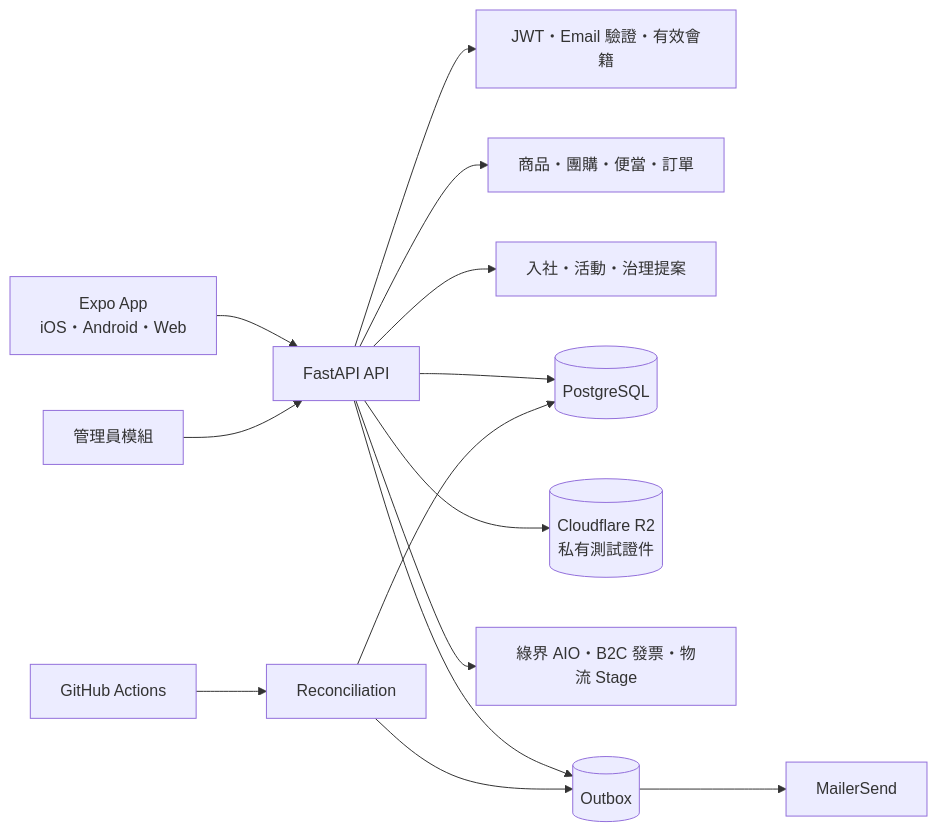
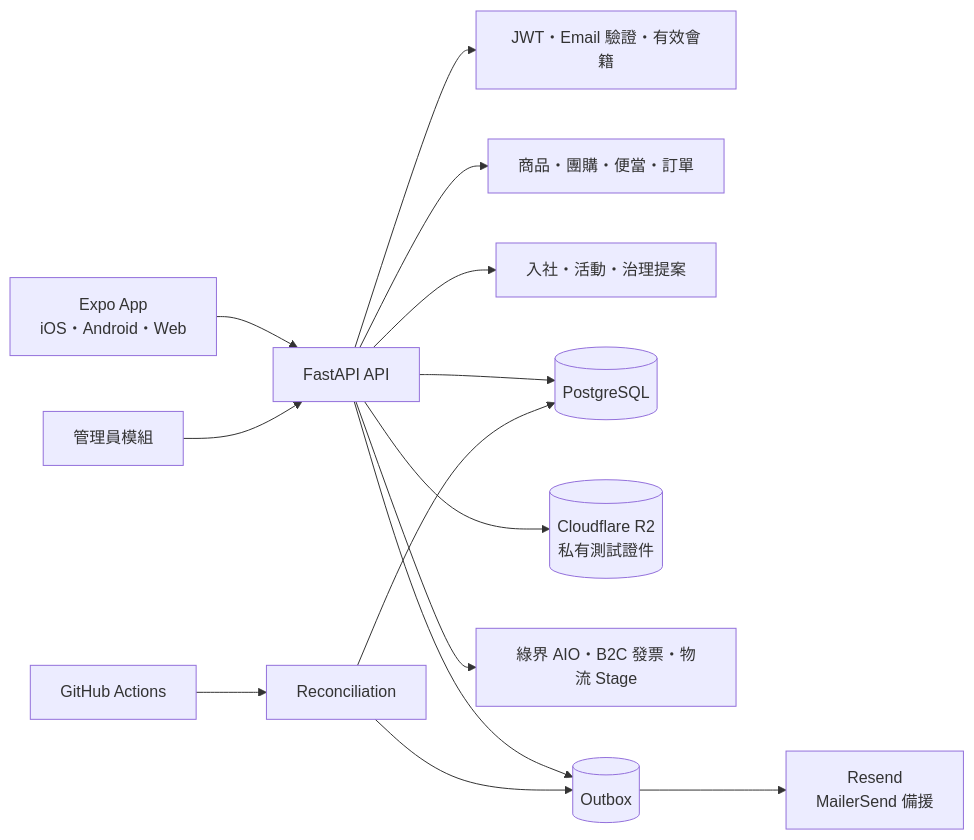
Before and after one commit to Wayne725/shilifangyuan-farm-app: the first of 2 diagrams in docs/ARCHITECTURE.md, drawn with Mermaid. The commit also changed other lines of this file and 90 other files, not shown here.

````diff
--- a/docs/ARCHITECTURE.md
+++ b/docs/ARCHITECTURE.md
@@ -5,16 +5,16 @@
 ```mermaid
 flowchart LR
     app["Expo App<br/>iOS・Android・Web"] --> api["FastAPI API"]
     admin["管理員模組"] --> api
     api --> auth["JWT・Email 驗證・有效會籍"]
     api --> commerce["商品・團購・便當・訂單"]
     api --> community["入社・活動・治理提案"]
     api --> db[("PostgreSQL")]
     api --> r2[("Cloudflare R2<br/>私有測試證件")]
     api --> ecpay["綠界 AIO・B2C 發票・物流 Stage"]
     api --> outbox[("Outbox")]
-    outbox --> mailersend["MailerSend"]
+    outbox --> email["Resend<br/>MailerSend 備援"]
     cron["GitHub Actions"] --> jobs["Reconciliation"]
     jobs --> db
     jobs --> outbox
 ```
````
